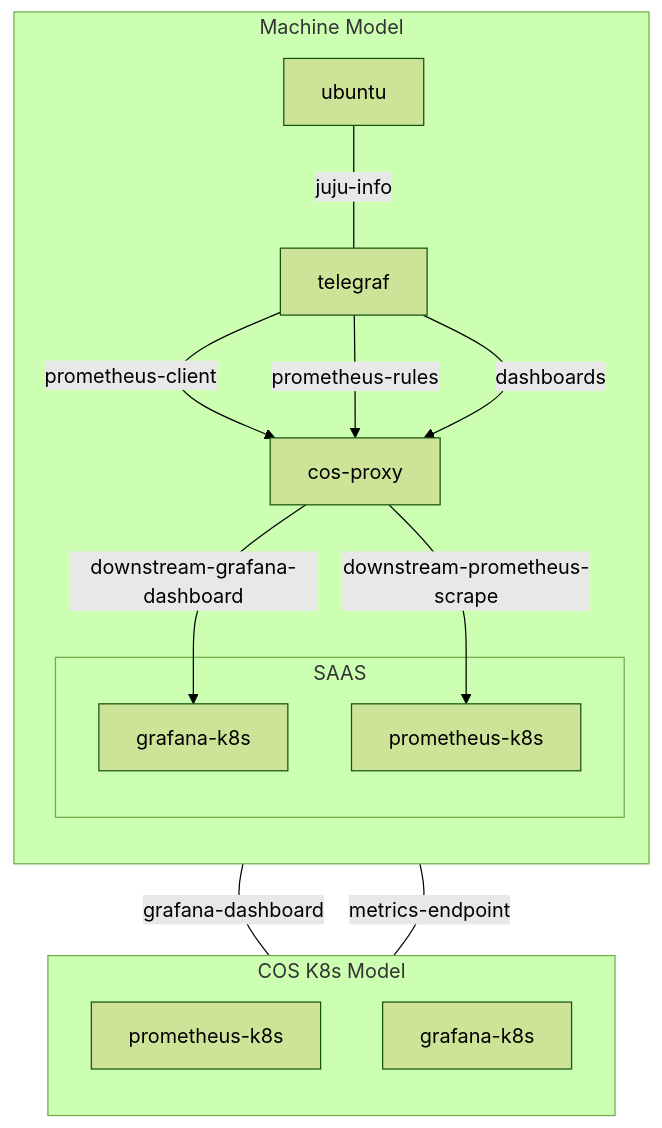
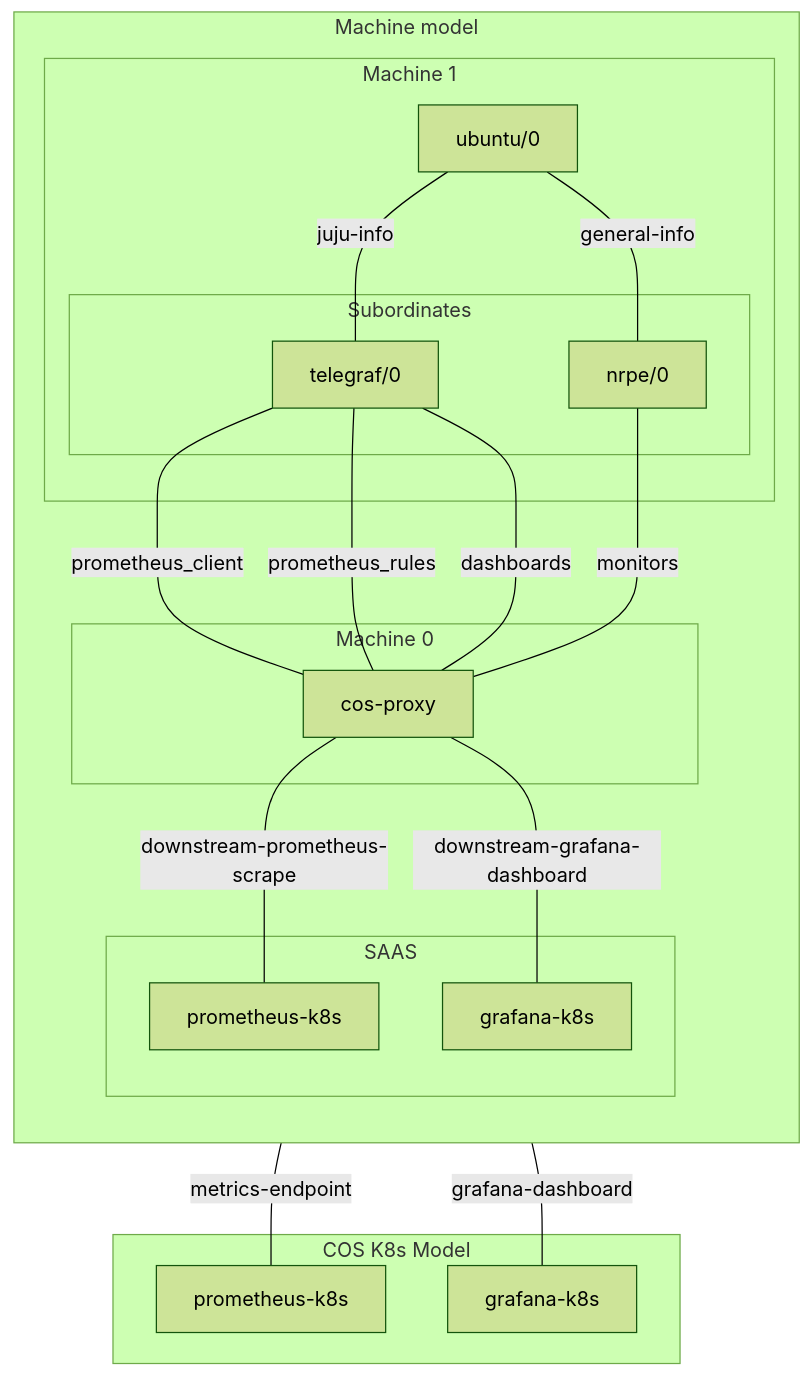
One commit to canonical/cos-proxy-operator changed the first of 2 diagrams in INTEGRATING.md. Above: the diagram before and after it, drawn with Mermaid (forest theme). The commit also changed other lines of this file, not shown here.

Commit message:
refactor: INTEGRATING.md to include NRPE relation (#229)

````diff
--- a/INTEGRATING.md
+++ b/INTEGRATING.md
@@ -17,44 +17,49 @@
 ```mermaid
 graph TD
 
-    %% COS Model Subgraph
+    %% Machine Model Subgraph
+    subgraph machine-model["Machine model"]
+        direction TD
+        %% SAAS Subgraph
+        subgraph SAAS["SAAS"]
+            GSAAS["grafana-k8s"]
+            PSAAS["prometheus-k8s"]
+        end
+
+        subgraph machine-1["Machine 1"]
+            ubuntu["ubuntu/0"]
+            
+            subgraph subordinates-1["Subordinates"]
+                nrpe["nrpe/0"]
+                telegraf["telegraf/0"]
+            end
+        end
+    
+        %% cos-proxy Subgraph
+        subgraph machine-0["Machine 0"]
+            cos_proxy["cos-proxy"]
+        end
+    end
+
+    %% COS Lite K8s Subgraph
     subgraph cos-k8s["COS K8s Model"]
-        direction TB
         prometheus["prometheus-k8s"]
         grafana["grafana-k8s"]
     end
 
+    %% Connections
+    ubuntu --- |general-info| nrpe
+    ubuntu --- |juju-info| telegraf
+    telegraf --- |prometheus_client| cos_proxy
+    telegraf --- |prometheus_rules| cos_proxy
+    telegraf --- |dashboards| cos_proxy
+    nrpe --- |monitors| cos_proxy
 
+    %% cos-proxy to SAAS Connections
+    cos_proxy --- |downstream-prometheus-scrape| PSAAS
+    cos_proxy --- |downstream-grafana-dashboard| GSAAS
 
-    %% Reactive Model Subgraph
-    subgraph reactive-model["Machine Model"]
-        direction TB
-        ubuntu["ubuntu"]
-        telegraf["telegraf"]
-        cos_proxy["cos-proxy"]
-
-
-        %% Ubuntu and Telegraf Relation
-        ubuntu --- |juju-info| telegraf
-
-        %% Telegraf to cos-proxy Connections
-        telegraf --> |prometheus-client| cos_proxy
-        telegraf --> |prometheus-rules| cos_proxy
-        telegraf --> |dashboards| cos_proxy
-
-        %% SAAS Subgraph
-        subgraph SAAS["SAAS"]
-            GSAAS["grafana-k8s"]
-            PSAAS["prometheus-k8s"]
-
-            %% SAAS to COS Model Connections
-            GSAAS --- |grafana-dashboard| grafana
-            PSAAS --- |metrics-endpoint| prometheus
-        end
-
-        %% cos-proxy to SAAS Connections
-        cos_proxy --> |downstream-prometheus-scrape| PSAAS
-        cos_proxy --> |downstream-grafana-dashboard| GSAAS
-
-    end
+    %% SAAS to COS Model Connections
+    GSAAS --- |grafana-dashboard| grafana
+    PSAAS --- |metrics-endpoint| prometheus
 ```
````
